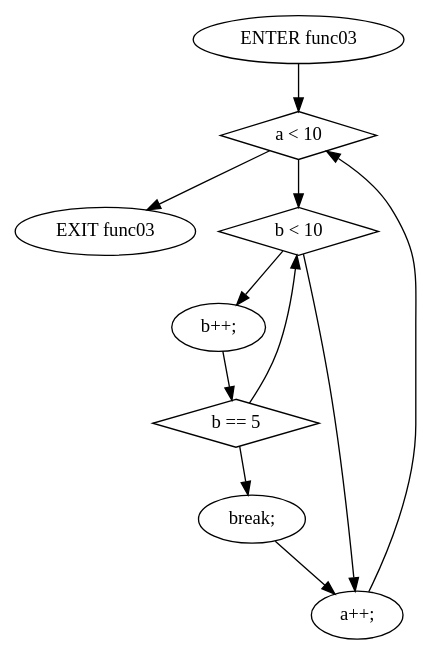
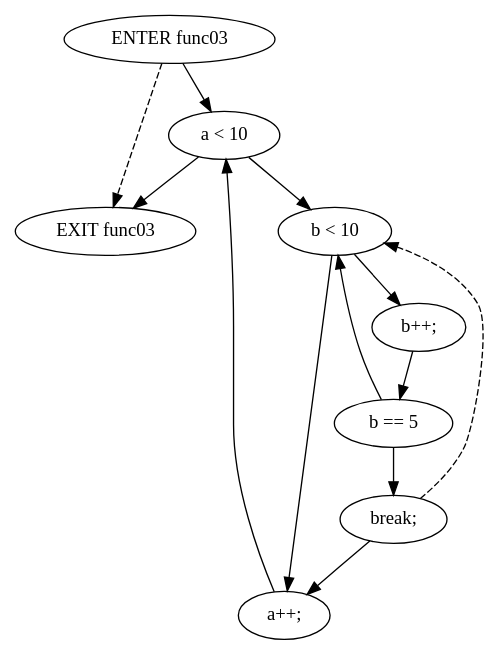
One commit to Surprise-Jing/Java-oriented-analysis-and-understanding-tools changed the diagram in staticSlicer/data/testcases/output/while/WhileNested/cfg/dot/func03(int, int).dot. Above: the diagram before and after it, drawn with Graphviz. The commit also changed 187 other files, not shown here.

```diff
--- a/staticSlicer/data/testcases/output/while/WhileNested/cfg/dot/func03(int, int).dot
+++ b/staticSlicer/data/testcases/output/while/WhileNested/cfg/dot/func03(int, int).dot
@@ -1,20 +1,22 @@
 digraph G {
   0 [ label="ENTER func03" ];
   1 [ label="EXIT func03" ];
-  2 [ shape="diamond" label="a < 10" ];
-  3 [ shape="diamond" label="b < 10" ];
+  2 [ label="a < 10" ];
+  3 [ label="b < 10" ];
   4 [ label="b++;" ];
-  5 [ shape="diamond" label="b == 5" ];
+  5 [ label="b == 5" ];
   6 [ label="break;" ];
   7 [ label="a++;" ];
-  0 -> 2;
-  2 -> 3;
-  3 -> 4;
-  4 -> 5;
-  5 -> 6;
-  5 -> 3;
-  3 -> 7;
-  6 -> 7;
-  7 -> 2;
-  2 -> 1;
+  0 -> 2 [ ];
+  2 -> 3 [ ];
+  3 -> 4 [ ];
+  4 -> 5 [ ];
+  5 -> 6 [ ];
+  6 -> 3 [ style="dashed" ];
+  5 -> 3 [ ];
+  3 -> 7 [ ];
+  6 -> 7 [ ];
+  7 -> 2 [ ];
+  2 -> 1 [ ];
+  0 -> 1 [ style="dashed" ];
 }
```
